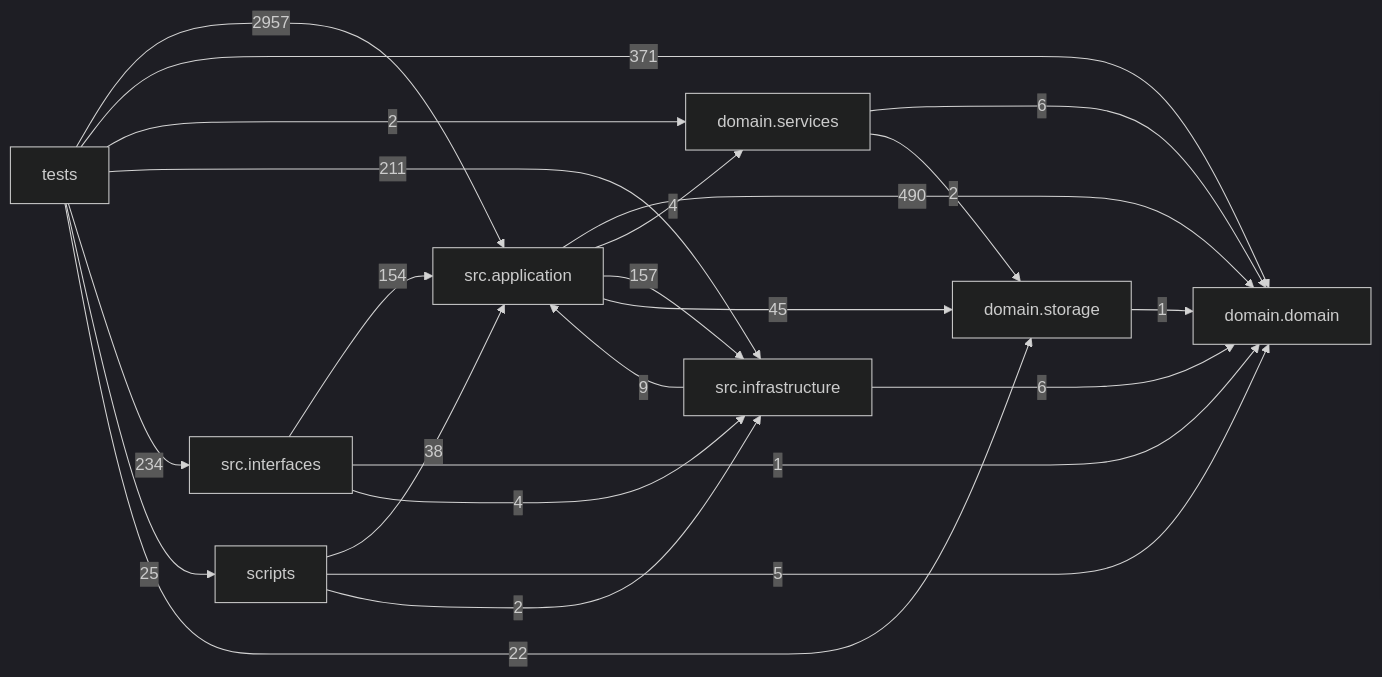
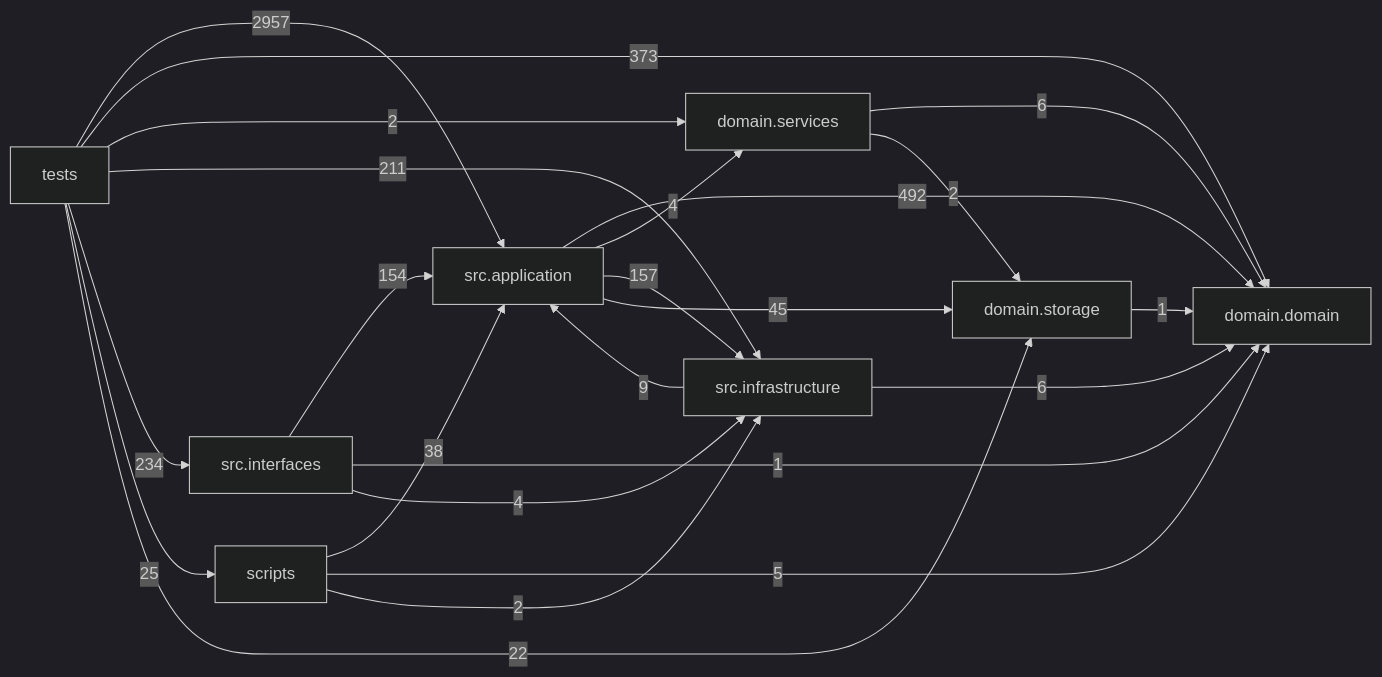
Before and after one commit to liuxie066/options-monitor: the diagram in docs/DEPENDENCY_GRAPH.md, drawn with Mermaid (dark theme). The commit also changed other lines of this file and 12 other files, not shown here.

````diff
--- a/docs/DEPENDENCY_GRAPH.md
+++ b/docs/DEPENDENCY_GRAPH.md
@@ -24,33 +24,33 @@
 ```mermaid
 flowchart LR
   tests["tests"]
   scripts["scripts"]
   interfaces["src.interfaces"]
   application["src.application"]
   infrastructure["src.infrastructure"]
   domain_services["domain.services"]
   domain["domain.domain"]
   storage["domain.storage"]
-  application -->|490| domain
+  application -->|492| domain
   application -->|4| domain_services
   application -->|157| infrastructure
   application -->|45| storage
   domain_services -->|6| domain
   domain_services -->|2| storage
   infrastructure -->|9| application
   infrastructure -->|6| domain
   interfaces -->|154| application
   interfaces -->|1| domain
   interfaces -->|4| infrastructure
   scripts -->|38| application
   scripts -->|5| domain
   scripts -->|2| infrastructure
   storage -->|1| domain
   tests -->|2957| application
-  tests -->|371| domain
+  tests -->|373| domain
   tests -->|2| domain_services
   tests -->|211| infrastructure
   tests -->|234| interfaces
   tests -->|25| scripts
   tests -->|22| storage
 ```
````
